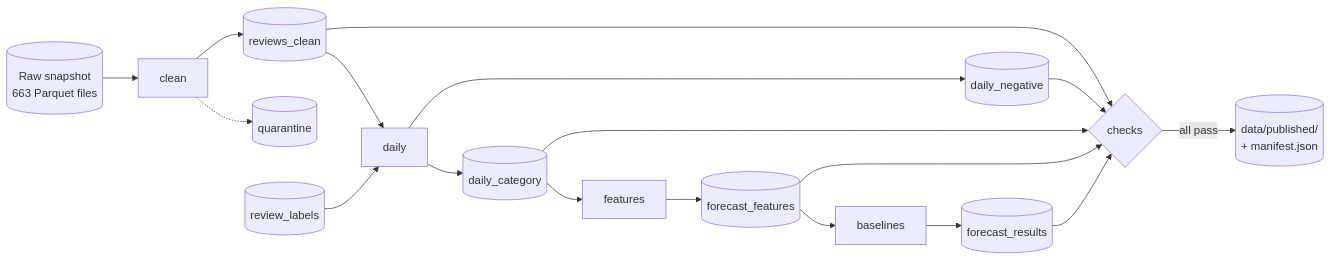
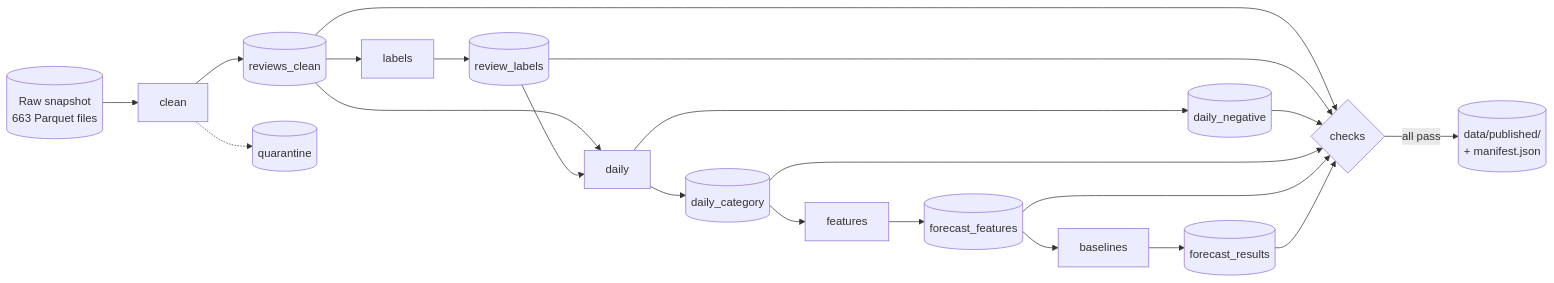
Before and after one commit to Sue1996-bits/SteamPulse: the diagram in README.md, drawn with Mermaid. The commit also changed other lines of this file and 7 other files, not shown here.

Commit message:
Add rule-based complaint labels, review_labels checks and labeling guide

````diff
--- a/README.md
+++ b/README.md
@@ -97,16 +99,18 @@
 ```mermaid
 flowchart LR
     raw[("Raw snapshot<br/>663 Parquet files")] --> clean["clean"]
     clean --> rc[("reviews_clean")]
     clean -.-> q[("quarantine")]
+    rc --> lab["labels"]
+    lab --> labels[("review_labels")]
     rc --> daily["daily"]
-    labels[("review_labels")] --> daily
+    labels --> daily
     daily --> dn[("daily_negative")]
     daily --> dc[("daily_category")]
     dc --> feat["features"]
     feat --> ff[("forecast_features")]
     ff --> base["baselines"]
     base --> fr[("forecast_results")]
-    rc & dn & dc & ff & fr --> chk{"checks"}
+    rc & labels & dn & dc & ff & fr --> chk{"checks"}
     chk -->|all pass| pub[("data/published/<br/>+ manifest.json")]
 ```
````
